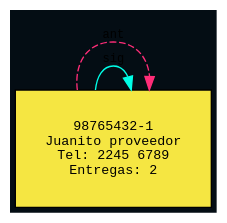
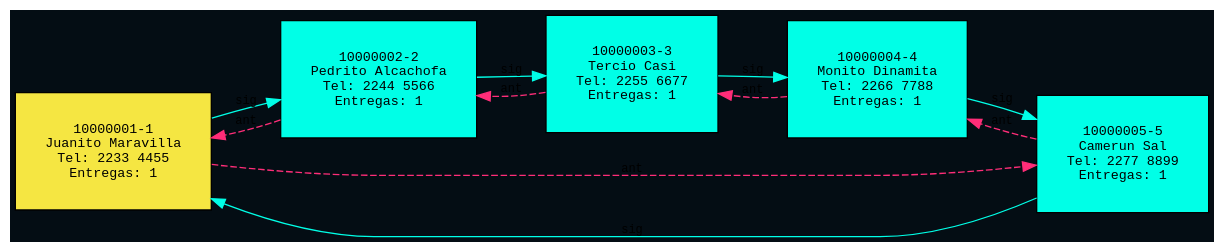
Before and after one commit to RONY36606/EDD_1S2026_PY_-202307793_FASE1-2-3: the diagram in reportes/proveedores.dot, drawn with Graphviz. The commit also changed 12 other files, not shown here.

```diff
--- a/reportes/proveedores.dot
+++ b/reportes/proveedores.dot
@@ -1,10 +1,22 @@
 digraph ListaProveedores {
     rankdir=LR;
     bgcolor="#040d14";
     node [shape=box, fontname="Courier", fontsize=10,
           style=filled, fontcolor="#000000", margin="0.3"];
     edge [fontname="Courier", fontsize=9];
-    "98765432-1" [label="98765432-1\nJuanito proveedor\nTel: 2245 6789\nEntregas: 2", fillcolor="#f5e642"];
-    "98765432-1" -> "98765432-1" [color="#00ffe7", label="sig"];
-    "98765432-1" -> "98765432-1" [color="#ff2d78", label="ant", style=dashed];
+    "10000001-1" [label="10000001-1\nJuanito Maravilla\nTel: 2233 4455\nEntregas: 1", fillcolor="#f5e642"];
+    "10000002-2" [label="10000002-2\nPedrito Alcachofa\nTel: 2244 5566\nEntregas: 1", fillcolor="#00ffe7"];
+    "10000003-3" [label="10000003-3\nTercio Casi\nTel: 2255 6677\nEntregas: 1", fillcolor="#00ffe7"];
+    "10000004-4" [label="10000004-4\nMonito Dinamita\nTel: 2266 7788\nEntregas: 1", fillcolor="#00ffe7"];
+    "10000005-5" [label="10000005-5\nCamerun Sal\nTel: 2277 8899\nEntregas: 1", fillcolor="#00ffe7"];
+    "10000001-1" -> "10000002-2" [color="#00ffe7", label="sig"];
+    "10000001-1" -> "10000005-5" [color="#ff2d78", label="ant", style=dashed];
+    "10000002-2" -> "10000003-3" [color="#00ffe7", label="sig"];
+    "10000002-2" -> "10000001-1" [color="#ff2d78", label="ant", style=dashed];
+    "10000003-3" -> "10000004-4" [color="#00ffe7", label="sig"];
+    "10000003-3" -> "10000002-2" [color="#ff2d78", label="ant", style=dashed];
+    "10000004-4" -> "10000005-5" [color="#00ffe7", label="sig"];
+    "10000004-4" -> "10000003-3" [color="#ff2d78", label="ant", style=dashed];
+    "10000005-5" -> "10000001-1" [color="#00ffe7", label="sig"];
+    "10000005-5" -> "10000004-4" [color="#ff2d78", label="ant", style=dashed];
 }
```
